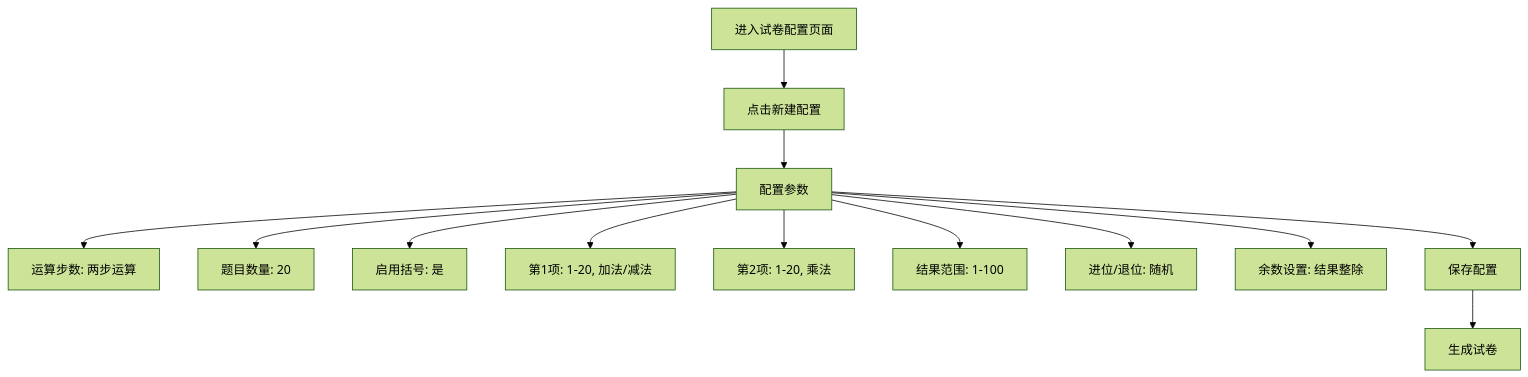
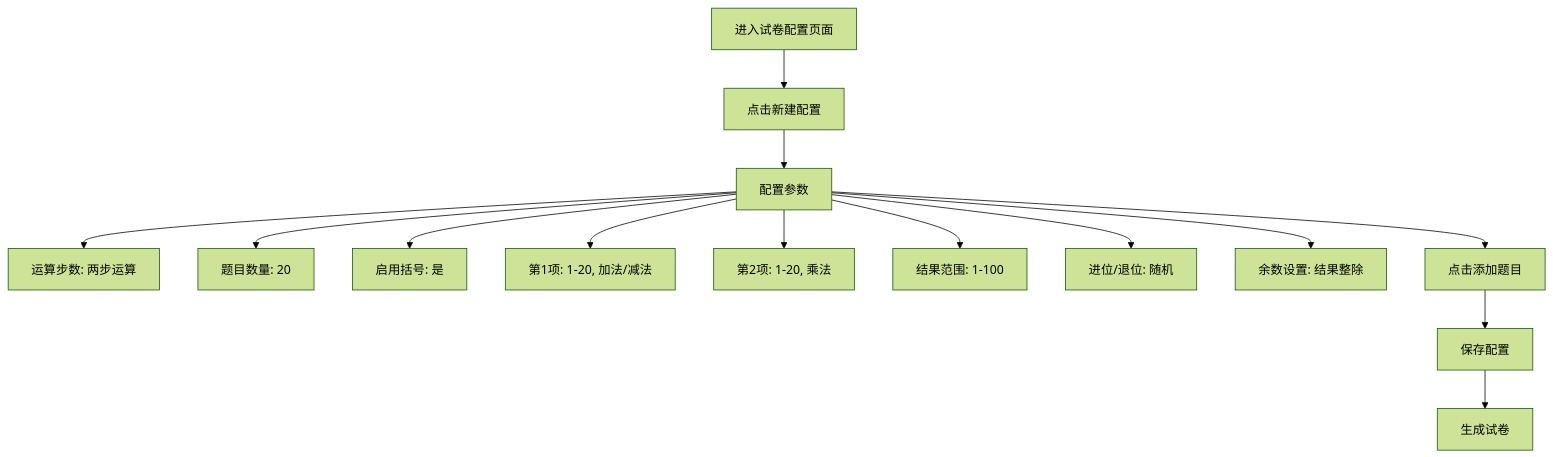
One commit to bk4ice/KidsMathQuest changed the sixth of 9 diagrams in README.md. Above: the diagram before and after it, drawn with Mermaid (forest theme). The commit also changed other lines of this file and 6 other files, not shown here.

````diff
--- a/README.md
+++ b/README.md
@@ -579,15 +608,16 @@
 ```mermaid
 flowchart TD
     A[进入试卷配置页面] --> B[点击新建配置]
     B --> C[配置参数]
     C --> C1[运算步数: 两步运算]
     C --> C2[题目数量: 20]
     C --> C3[启用括号: 是]
     C --> C4[第1项: 1-20, 加法/减法]
     C --> C5[第2项: 1-20, 乘法]
     C --> C6[结果范围: 1-100]
     C --> C7[进位/退位: 随机]
     C --> C8[余数设置: 结果整除]
-    C --> D[保存配置]
-    D --> E[生成试卷]
+    C --> D[点击添加题目]
+    D --> E[保存配置]
+    E --> F[生成试卷]
 ```
````
